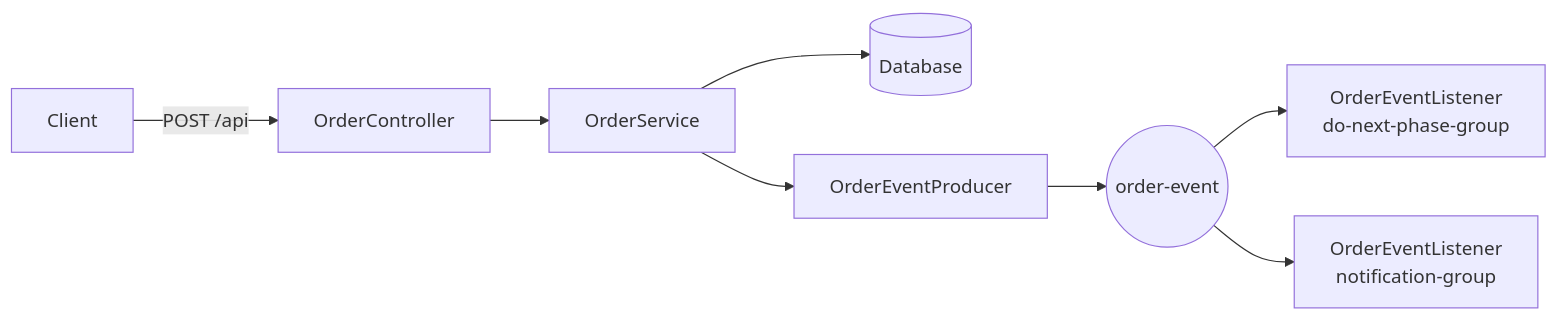
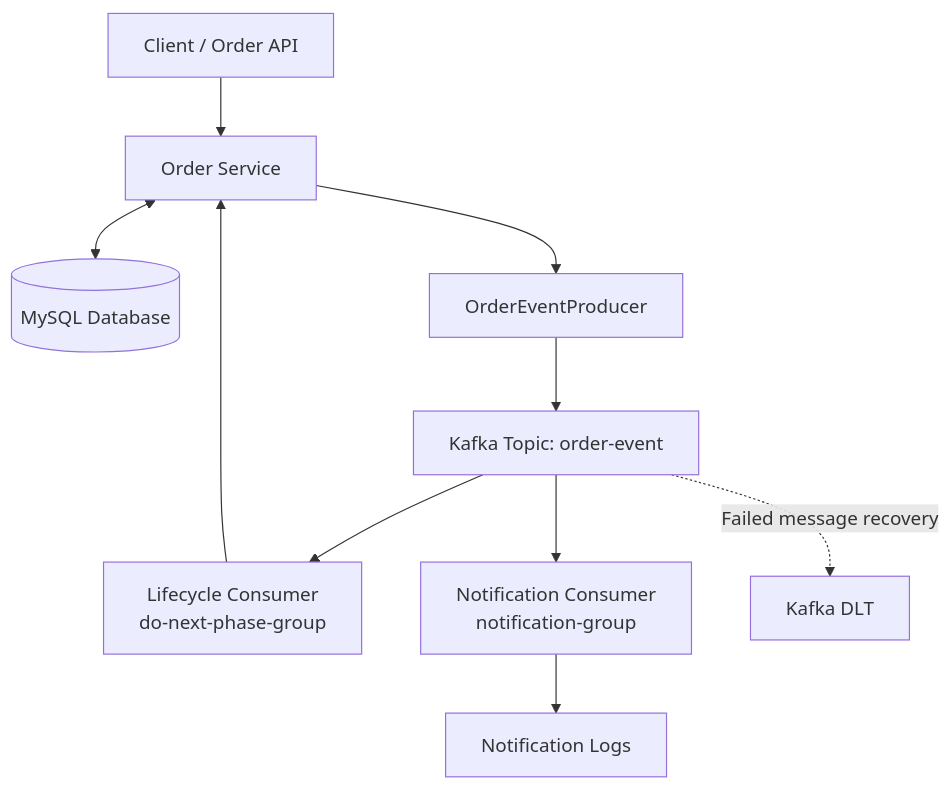
One commit to ankitkumar910/order-event-tracker changed the diagram in README.md. Above: the diagram before and after it, drawn with Mermaid. The commit also changed other lines of this file, not shown here.

````diff
--- a/README.md
+++ b/README.md
@@ -50,10 +22,15 @@
 ```mermaid
-flowchart LR
-  Client -->|POST /api| Controller[OrderController]
-  Controller --> Service[OrderService]
-  Service --> DB[(Database)]
-  Service --> Producer[OrderEventProducer]
-  Producer --> Kafka((order-event))
-  Kafka --> ConsumerWorker["OrderEventListener\ndo-next-phase-group"]
-  Kafka --> ConsumerNotifier["OrderEventListener\nnotification-group"]
+flowchart TD
+    A[Client / Order API] --> B[Order Service]
+    B <--> C[(MySQL Database)]
+    B --> D[OrderEventProducer]
+    D --> E[Kafka Topic: order-event]
+
+    E --> F["Lifecycle Consumer<br/>do-next-phase-group"]
+    F --> B
+
+    E --> G["Notification Consumer<br/>notification-group"]
+    G --> H[Notification Logs]
+
+    E -. Failed message recovery .-> I[Kafka DLT]
 ```
````
